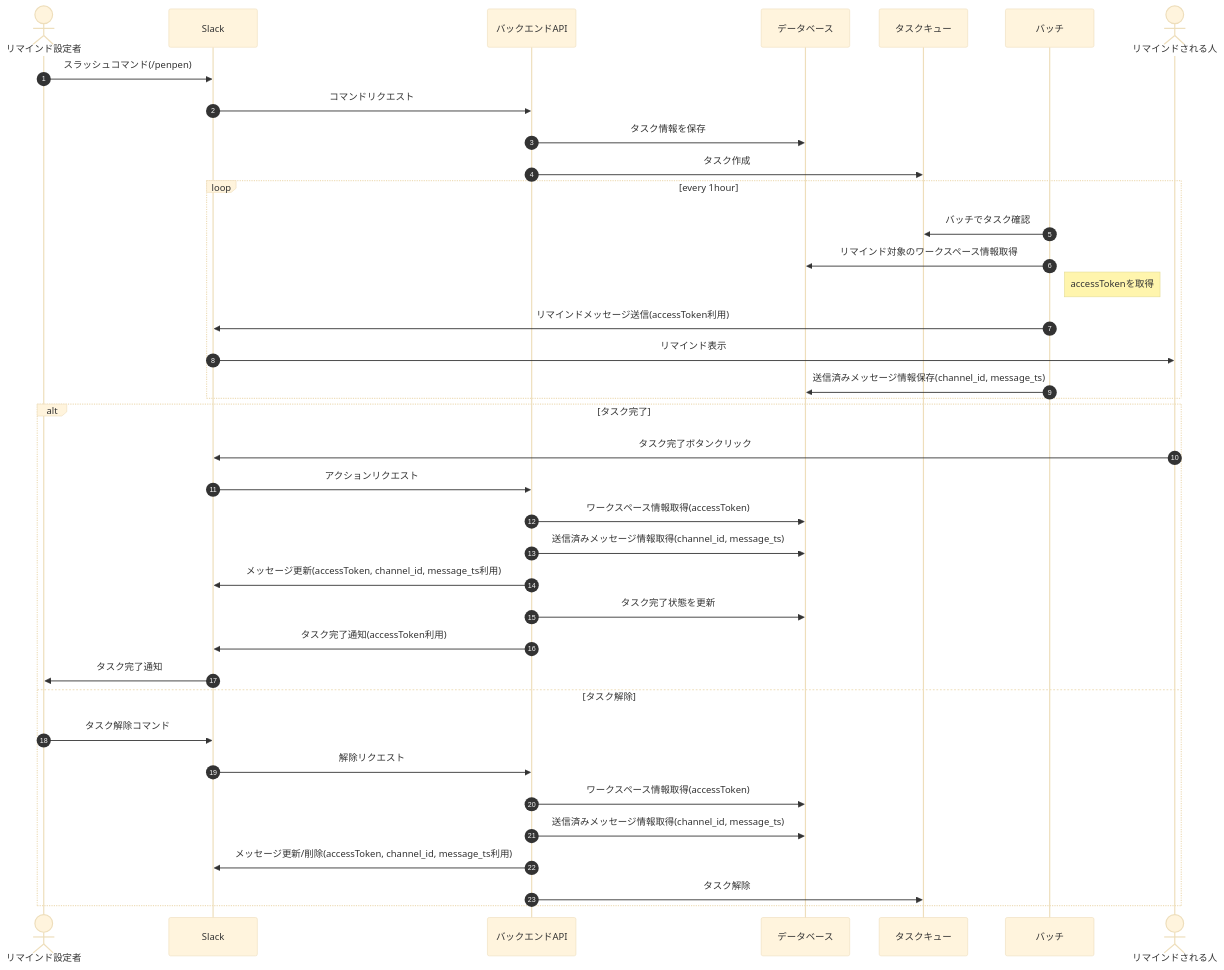
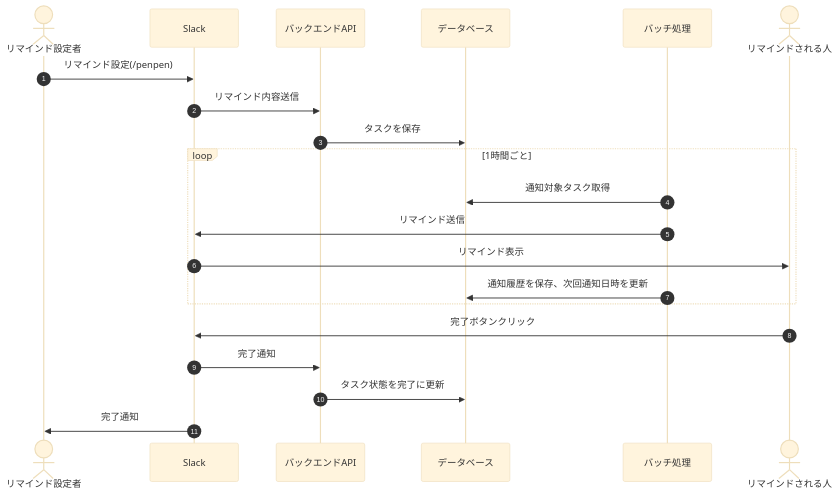
Before and after one commit to KJR020/praha-challenge: the first of 2 diagrams in Database/04_modeling/課題1-1.md, drawn with Mermaid (base theme). The commit also changed other lines of this file and 4 other files, not shown here.

````diff
--- a/Database/04_modeling/課題1-1.md
+++ b/Database/04_modeling/課題1-1.md
@@ -83,46 +34,29 @@
 ```mermaid
 sequenceDiagram
   autonumber
-  actor reminder as リマインド設定者 
+  actor reminder as リマインド設定者
   participant slack as Slack
   participant api as バックエンドAPI
   participant db as データベース
-  participant task as タスクキュー
-  participant batch as バッチ
+  participant batch as バッチ処理
   actor remind_target as リマインドされる人
-  
-  %% タスク作成
-  reminder ->> slack: スラッシュコマンド(/penpen)
-  slack ->> api: コマンドリクエスト
-  api ->> db: タスク情報を保存
-  api ->> task: タスク作成
-  
-  %% リマインドフロー
-  loop every 1hour 
-    batch ->> task: バッチでタスク確認
-    batch ->> db: リマインド対象のワークスペース情報取得
-    Note right of batch: accessTokenを取得
-    batch ->> slack: リマインドメッセージ送信(accessToken利用)
+
+  %% タスク設定フロー
+  reminder ->> slack: リマインド設定(/penpen)
+  slack ->> api: リマインド内容送信
+  api ->> db: タスクを保存
+
+  %% 通知送信フロー（1時間ごとのバッチ処理）
+  loop 1時間ごと
+    batch ->> db: 通知対象タスク取得
+    batch ->> slack: リマインド送信
     slack ->> remind_target: リマインド表示
-    batch ->> db: 送信済みメッセージ情報保存(channel_id, message_ts)
+    batch ->> db: 通知履歴を保存、次回通知日時を更新
   end
-  
-  %% タスク完了/解除フロー
-  alt タスク完了
-    remind_target ->> slack: タスク完了ボタンクリック
-    slack ->> api: アクションリクエスト
-    api ->> db: ワークスペース情報取得(accessToken)
-    api ->> db: 送信済みメッセージ情報取得(channel_id, message_ts)
-    api ->> slack: メッセージ更新(accessToken, channel_id, message_ts利用)
-    api ->> db: タスク完了状態を更新
-    api ->> slack: タスク完了通知(accessToken利用)
-    slack ->> reminder: タスク完了通知
-  else タスク解除
-    reminder ->> slack: タスク解除コマンド
-    slack ->> api: 解除リクエスト
-    api ->> db: ワークスペース情報取得(accessToken)
-    api ->> db: 送信済みメッセージ情報取得(channel_id, message_ts)
-    api ->> slack: メッセージ更新/削除(accessToken, channel_id, message_ts利用)
-    api ->> task: タスク解除
-  end
+
+  %% タスク完了フロー
+  remind_target ->> slack: 完了ボタンクリック
+  slack ->> api: 完了通知
+  api ->> db: タスク状態を完了に更新
+  slack ->> reminder: 完了通知
 ```
````
